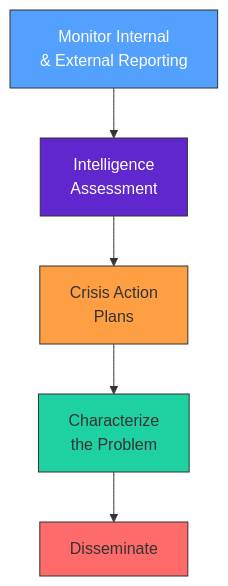
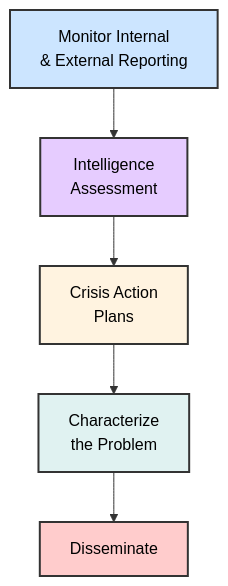
One commit to manojxshrestha/SOC-Analyst-Cheatsheet changed the third of 5 diagrams in 4-Introduction-to-Threat-Hunting-Hunting-With-Elastic/README.md. Above: the diagram before and after it, drawn with Mermaid. The commit also changed other lines of this file, not shown here.

Commit message:
feat: Improve mermaid diagram visibility

````diff
--- a/4-Introduction-to-Threat-Hunting-Hunting-With-Elastic/README.md
+++ b/4-Introduction-to-Threat-Hunting-Hunting-With-Elastic/README.md
@@ -288,13 +288,13 @@
 ```mermaid
 graph TD
-    A[Monitor Internal<br/>& External Reporting] --> B[Intelligence<br/>Assessment]
-    B --> C[Crisis Action<br/>Plans]
-    C --> D[Characterize<br/>the Problem]
-    D --> E[Disseminate]
+    A["Monitor Internal<br/>& External Reporting"] --> B["Intelligence<br/>Assessment"]
+    B --> C["Crisis Action<br/>Plans"]
+    C --> D["Characterize<br/>the Problem"]
+    D --> E["Disseminate"]
     
-    style A fill:#54a0ff,stroke:#333,color:#fff
-    style B fill:#5f27cd,stroke:#333,color:#fff
-    style C fill:#ff9f43,stroke:#333
-    style D fill:#1dd1a1,stroke:#333
-    style E fill:#ff6b6b,stroke:#333
+    style A fill:#cce5ff,stroke:#333,stroke-width:2px,color:#000
+    style B fill:#e6ccff,stroke:#333,stroke-width:2px,color:#000
+    style C fill:#fff3e0,stroke:#333,stroke-width:2px,color:#000
+    style D fill:#e0f2f1,stroke:#333,stroke-width:2px,color:#000
+    style E fill:#ffcccc,stroke:#333,stroke-width:2px,color:#000
 ```
````
